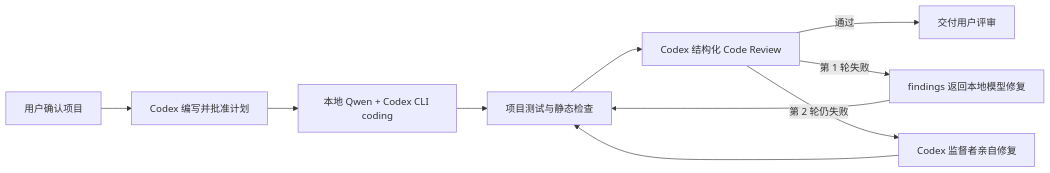
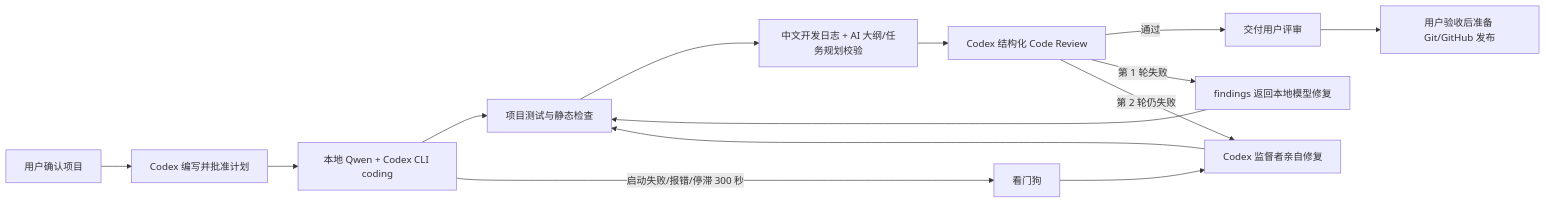
One commit to mintandkiwi/local-ai-mvp-builder changed the diagram in docs/implementation-plan.md. Above: the diagram before and after it, drawn with Mermaid. The commit also changed other lines of this file and 15 other files, not shown here.

````diff
--- a/docs/implementation-plan.md
+++ b/docs/implementation-plan.md
@@ -5,12 +5,16 @@
 ```mermaid
 flowchart LR
     U["用户确认项目"] --> P["Codex 编写并批准计划"]
     P --> L["本地 Qwen + Codex CLI coding"]
     L --> T["项目测试与静态检查"]
-    T --> R["Codex 结构化 Code Review"]
+    T --> D["中文开发日志 + AI 大纲/任务规划校验"]
+    D --> R["Codex 结构化 Code Review"]
     R -->|"通过"| H["交付用户评审"]
     R -->|"第 1 轮失败"| F["findings 返回本地模型修复"]
     F --> T
     R -->|"第 2 轮仍失败"| S["Codex 监督者亲自修复"]
+    L -->|"启动失败/报错/停滞 300 秒"| W["看门狗"]
+    W --> S
     S --> T
+    H --> V["用户验收后准备 Git/GitHub 发布"]
 ```
````
